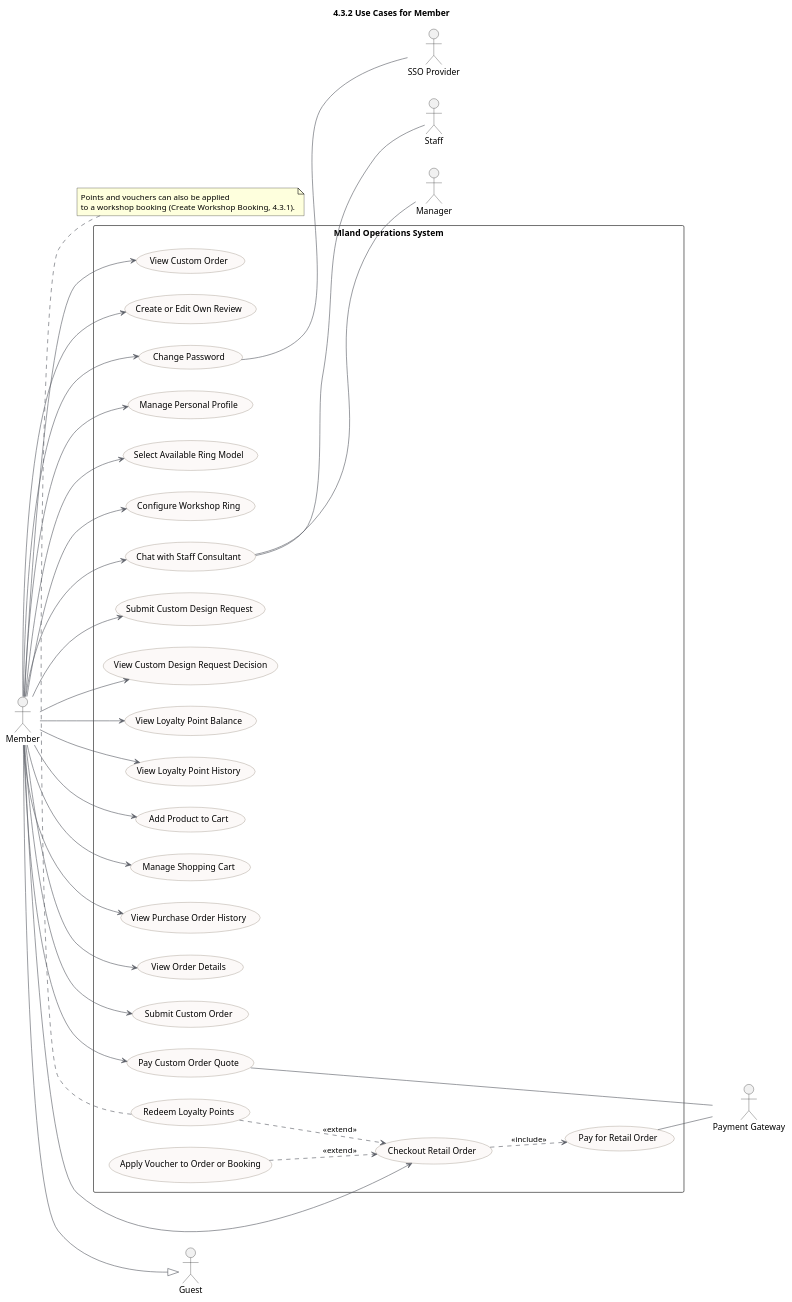
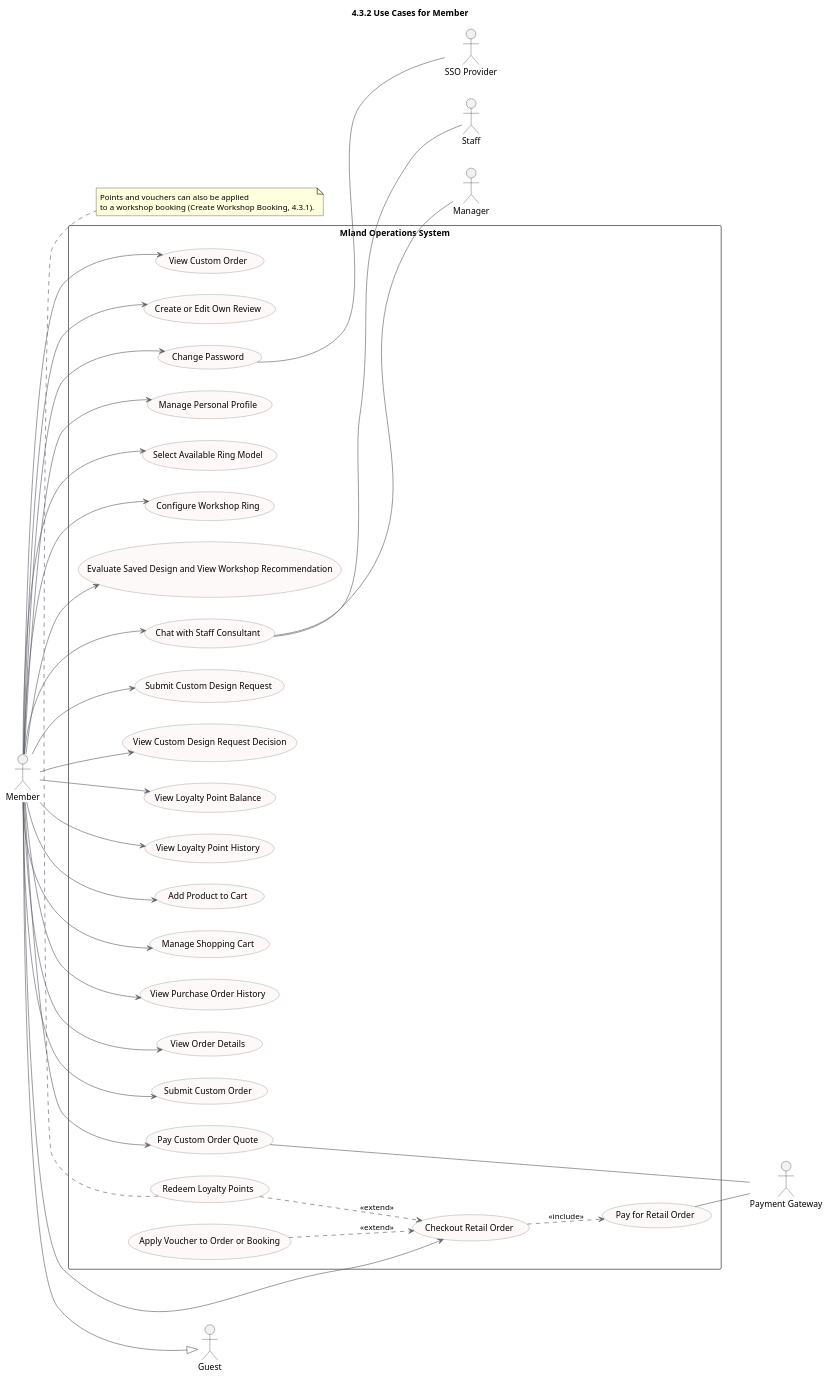
The diagram in documents/docs/report-3-software-requirement-specification/assets/diagrams/use-cases/03-member-only.puml (quoc-ca/mland-operations-hub), drawn with PlantUML before and after one commit. The commit also changed 20 other files, not shown here.

```diff
--- a/documents/docs/report-3-software-requirement-specification/assets/diagrams/use-cases/03-member-only.puml
+++ b/documents/docs/report-3-software-requirement-specification/assets/diagrams/use-cases/03-member-only.puml
@@ -1,80 +1,82 @@
 @startuml
 !pragma charset UTF-8
 title 4.3.2 Use Cases for Member
 left to right direction
 skinparam shadowing false
 skinparam usecase {
   BackgroundColor #FCF9F8
   BorderColor #807663
   ArrowColor #5B5E67
 }
 
 actor Guest
 actor Member
 
 actor "SSO Provider" as SSO
 actor "Payment Gateway" as Pay
 actor Staff
 actor Manager
 
 rectangle "Mland Operations System" {
   usecase "Change Password" as UC04
   usecase "Manage Personal Profile" as UC05
   usecase "Select Available Ring Model" as UC36
   usecase "Configure Workshop Ring" as UC37
+  usecase "Evaluate Saved Design and View Workshop Recommendation" as UC37E
   usecase "Chat with Staff Consultant" as UC38
   usecase "Submit Custom Design Request" as UC39
   usecase "View Custom Design Request Decision" as UC41
   usecase "View Loyalty Point Balance" as UC42
   usecase "View Loyalty Point History" as UC43
   usecase "Redeem Loyalty Points" as UC44
   usecase "Apply Voucher to Order or Booking" as UC48
   usecase "Add Product to Cart" as UC52
   usecase "Manage Shopping Cart" as UC53
   usecase "Checkout Retail Order" as UC54
   usecase "Pay for Retail Order" as UC55
   usecase "View Purchase Order History" as UC56
   usecase "View Order Details" as UC57
   usecase "Submit Custom Order" as UC67
   usecase "Pay Custom Order Quote" as UC69
   usecase "View Custom Order" as UC70
   usecase "Create or Edit Own Review" as UC75
 }
 
 ' Member inherits every Guest use case (see 4.3.1), including Create Workshop Booking.
 Member --|> Guest
 
 Member --> UC04
 Member --> UC05
 Member --> UC36
 Member --> UC37
+Member --> UC37E
 Member --> UC38
 Member --> UC39
 Member --> UC41
 Member --> UC42
 Member --> UC43
 Member --> UC52
 Member --> UC53
 Member --> UC54
 Member --> UC56
 Member --> UC57
 Member --> UC67
 Member --> UC70
 Member --> UC69
 Member --> UC75
 
 UC54 ..> UC55 : <<include>>
 UC44 ..> UC54 : <<extend>>
 UC48 ..> UC54 : <<extend>>
 
 UC04 -- SSO
 UC55 -- Pay
 UC69 -- Pay
 UC38 -- Staff
 UC38 -- Manager
 
 note bottom of UC44
 Points and vouchers can also be applied
 to a workshop booking (Create Workshop Booking, 4.3.1).
 end note
 @enduml
```
